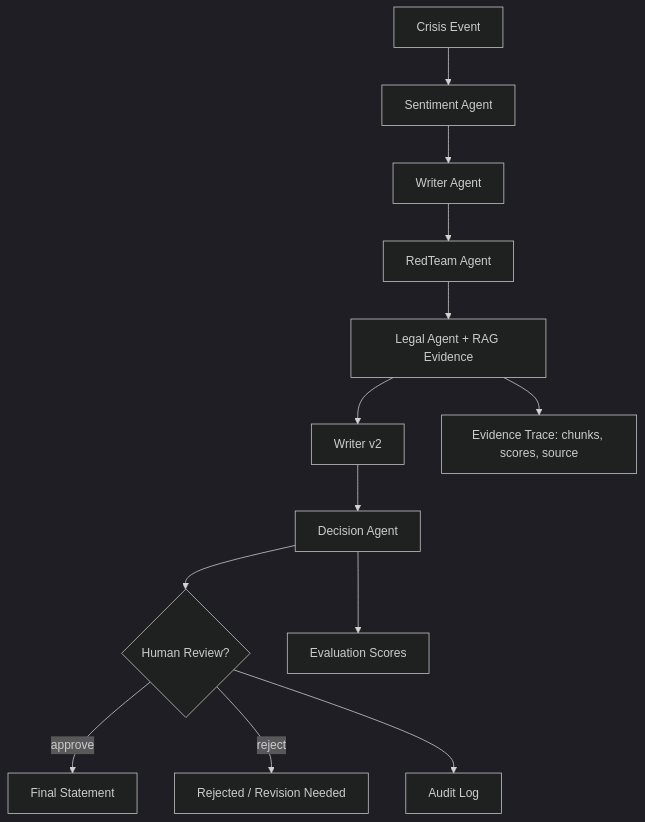
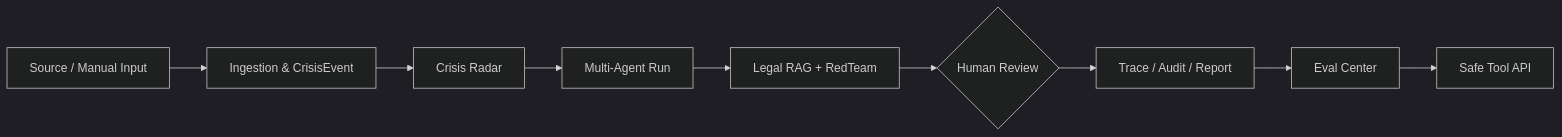
Before and after one commit to Zzzzzzzuj/CrisisAgent: the diagram in README.md, drawn with Mermaid (dark theme). The commit also changed other lines of this file and 16 other files, not shown here.

````diff
--- a/README.md
+++ b/README.md
@@ -60,15 +32,11 @@
 ```mermaid
-flowchart TD
-    A["Crisis Event"] --> B["Sentiment Agent"]
-    B --> C["Writer Agent"]
-    C --> D["RedTeam Agent"]
-    D --> E["Legal Agent + RAG Evidence"]
-    E --> F["Writer v2"]
-    F --> G["Decision Agent"]
-    G --> H{"Human Review?"}
-    H -->|approve| I["Final Statement"]
-    H -->|reject| J["Rejected / Revision Needed"]
-    H --> K["Audit Log"]
-    E --> L["Evidence Trace: chunks, scores, source"]
-    G --> M["Evaluation Scores"]
+flowchart LR
+    A["Source / Manual Input"] --> B["Ingestion & CrisisEvent"]
+    B --> C["Crisis Radar"]
+    C --> D["Multi-Agent Run"]
+    D --> E["Legal RAG + RedTeam"]
+    E --> F{"Human Review"}
+    F --> G["Trace / Audit / Report"]
+    G --> H["Eval Center"]
+    H --> I["Safe Tool API"]
 ```
````
